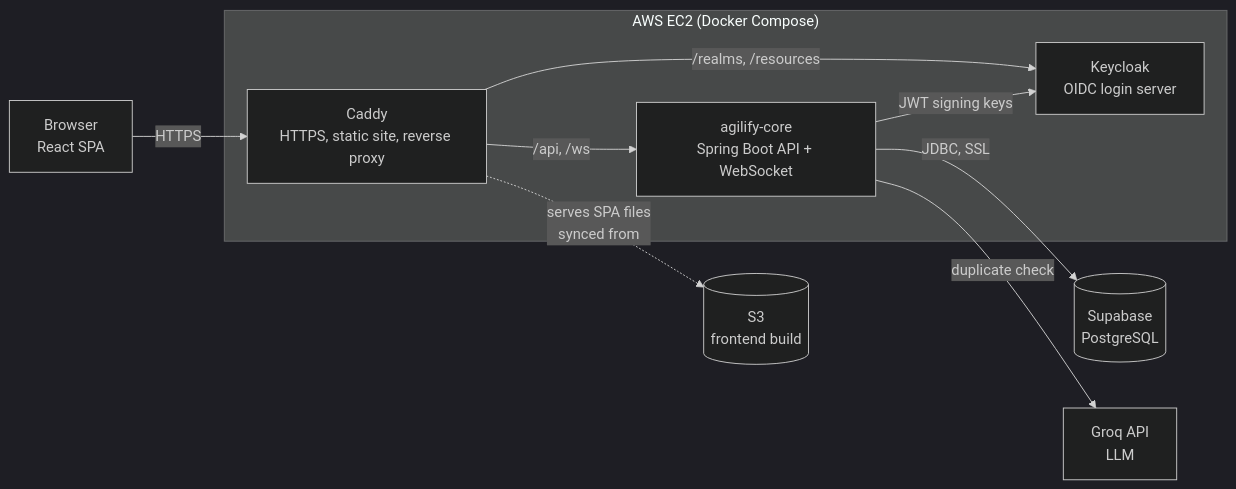
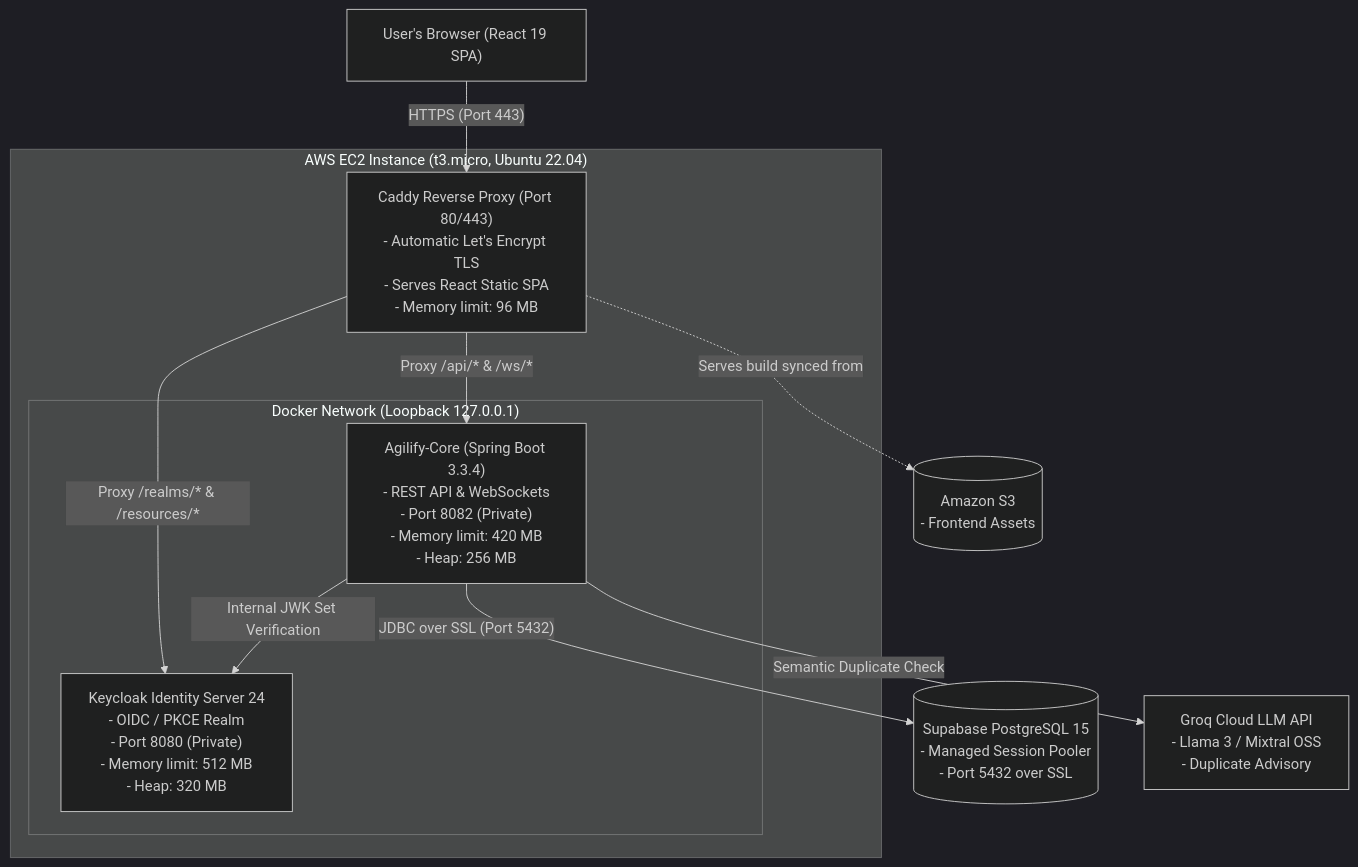
Before and after one commit to im-rk/Agilify-Backend: the first of 2 diagrams in README.md, drawn with Mermaid (dark theme). The commit also changed other lines of this file and 11 other files, not shown here.

Commit message:
docs: update comprehensive DBMS README and architecture assets [skip ci]

````diff
--- a/README.md
+++ b/README.md
@@ -53,22 +93,25 @@
 ```mermaid
-flowchart LR
-    U["Browser<br/>React SPA"]
+flowchart TB
+    Client["User's Browser (React 19 SPA)"]
 
-    subgraph EC2["AWS EC2 (Docker Compose)"]
-        C["Caddy<br/>HTTPS, static site, reverse proxy"]
-        A["agilify-core<br/>Spring Boot API + WebSocket"]
-        K["Keycloak<br/>OIDC login server"]
+    subgraph AWS_EC2["AWS EC2 Instance (t3.micro, Ubuntu 22.04)"]
+        Caddy["Caddy Reverse Proxy (Port 80/443)<br/>- Automatic Let's Encrypt TLS<br/>- Serves React Static SPA<br/>- Memory limit: 96 MB"]
+        
+        subgraph Docker_Compose["Docker Network (Loopback 127.0.0.1)"]
+            Core["Agilify-Core (Spring Boot 3.3.4)<br/>- REST API & WebSockets<br/>- Port 8082 (Private)<br/>- Memory limit: 420 MB<br/>- Heap: 256 MB"]
+            Keycloak["Keycloak Identity Server 24<br/>- OIDC / PKCE Realm<br/>- Port 8080 (Private)<br/>- Memory limit: 512 MB<br/>- Heap: 320 MB"]
+        end
     end
 
-    DB[("Supabase<br/>PostgreSQL")]
-    G["Groq API<br/>LLM"]
-    S3[("S3<br/>frontend build")]
+    DB[("Supabase PostgreSQL 15<br/>- Managed Session Pooler<br/>- Port 5432 over SSL")]
+    Groq["Groq Cloud LLM API<br/>- Llama 3 / Mixtral OSS<br/>- Duplicate Advisory"]
+    S3[("Amazon S3<br/>- Frontend Assets")]
 
-    U -->|"HTTPS"| C
-    C -->|"/api, /ws"| A
-    C -->|"/realms, /resources"| K
-    C -.->|"serves SPA files<br/>synced from"| S3
-    A -->|"JDBC, SSL"| DB
-    A -->|"JWT signing keys"| K
-    A -->|"duplicate check"| G
+    Client -->|"HTTPS (Port 443)"| Caddy
+    Caddy -->|"Proxy /api/* & /ws/*"| Core
+    Caddy -->|"Proxy /realms/* & /resources/*"| Keycloak
+    Caddy -.->|"Serves build synced from"| S3
+    Core -->|"JDBC over SSL (Port 5432)"| DB
+    Core -->|"Internal JWK Set Verification"| Keycloak
+    Core -->|"Semantic Duplicate Check"| Groq
 ```
````
